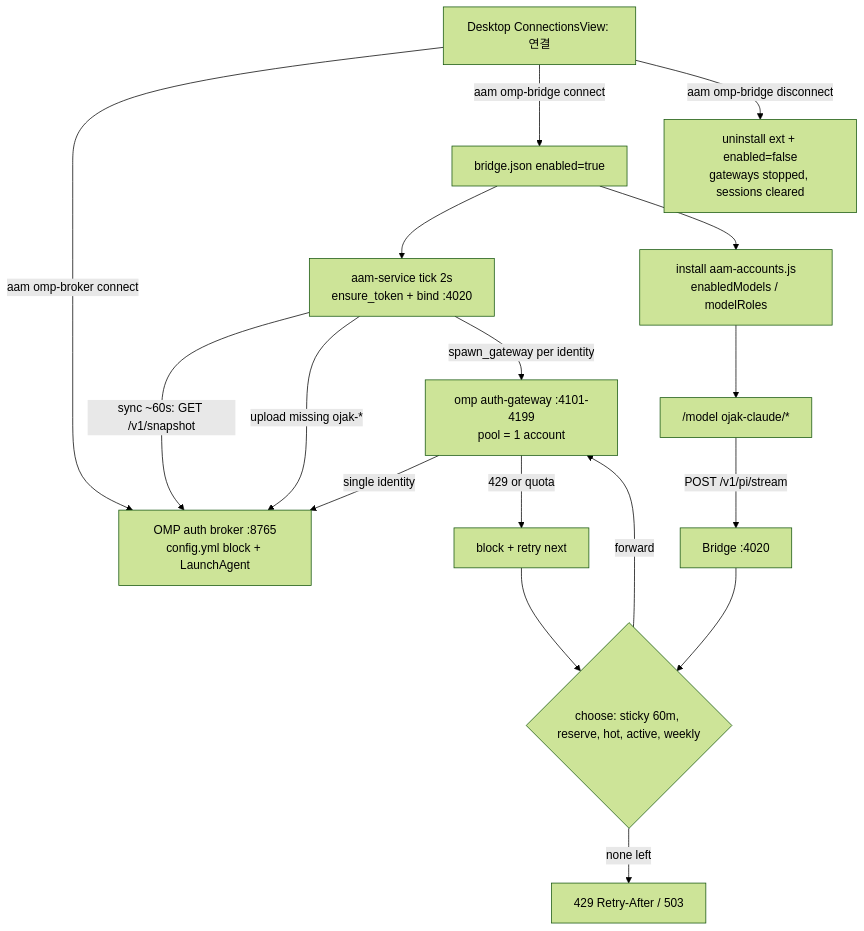
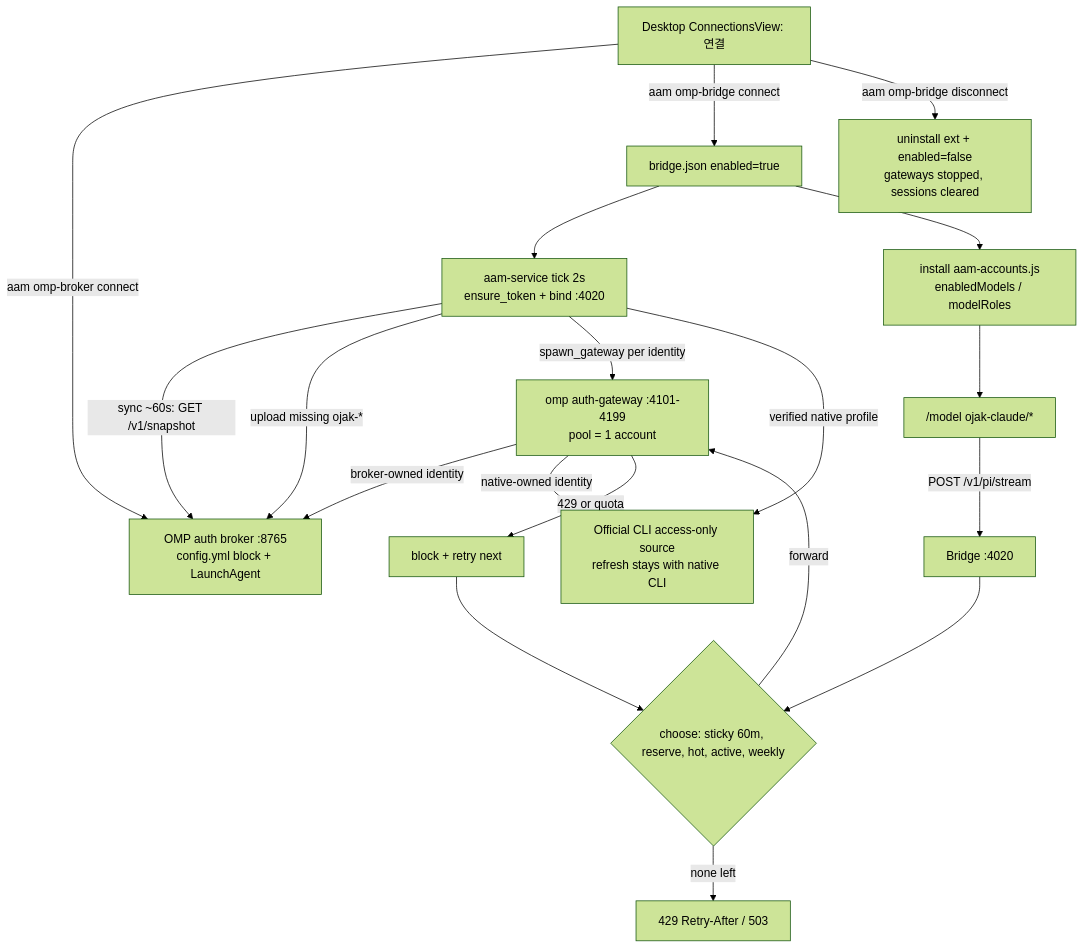
The first of 2 diagrams in docs/domains/omp-bridge.md (lapalai/ojak), drawn with Mermaid (forest theme) before and after one commit. The commit also changed other lines of this file and 37 other files, not shown here.

````diff
--- a/docs/domains/omp-bridge.md
+++ b/docs/domains/omp-bridge.md
@@ -70,19 +81,21 @@
 ```mermaid
 graph TD
   UI["Desktop ConnectionsView: 연결"] -->|"aam omp-broker connect"| BRK["OMP auth broker :8765<br/>config.yml block + LaunchAgent"]
   UI -->|"aam omp-bridge connect"| CFG["bridge.json enabled=true"]
   CFG --> TICK["aam-service tick 2s<br/>ensure_token + bind :4020"]
   TICK -->|"sync ~60s: GET /v1/snapshot"| BRK
   TICK -->|"upload missing ojak-*"| BRK
   TICK -->|"spawn_gateway per identity"| GW["omp auth-gateway :4101-4199<br/>pool = 1 account"]
+  TICK -->|"verified native profile"| NAT["Official CLI access-only source<br/>refresh stays with native CLI"]
   CFG --> EXT["install aam-accounts.js<br/>enabledModels / modelRoles"]
   EXT --> MODEL["/model ojak-claude/*"]
   MODEL -->|"POST /v1/pi/stream"| BR["Bridge :4020"]
   BR --> CHOOSE{"choose: sticky 60m, reserve, hot, active, weekly"}
   CHOOSE -->|"forward"| GW
-  GW -->|"single identity"| BRK
+  GW -->|"broker-owned identity"| BRK
+  GW -->|"native-owned identity"| NAT
   GW -->|"429 or quota"| BLOCK["block + retry next"]
   BLOCK --> CHOOSE
   CHOOSE -->|"none left"| Q429["429 Retry-After / 503"]
   UI -->|"aam omp-bridge disconnect"| OFF["uninstall ext + enabled=false<br/>gateways stopped, sessions cleared"]
 ```
````
